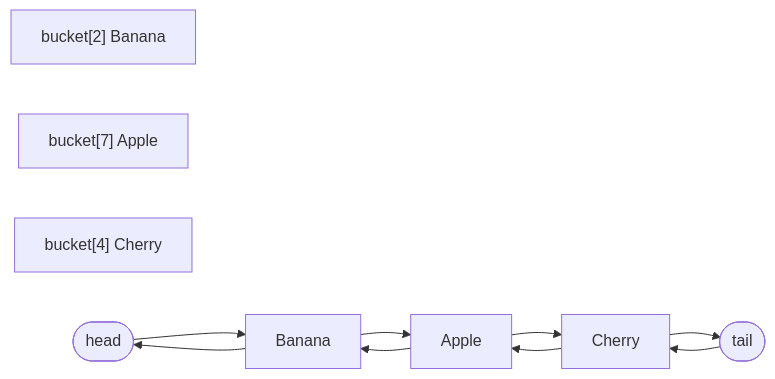
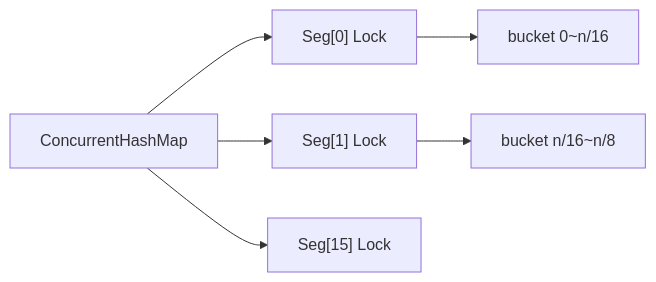
The third of 6 diagrams in _posts/java/2026-05-01-java-collections.md (yjkim2015/yjkim2015.github.io), drawn with Mermaid before and after one commit. The commit also changed other lines of this file and 4 other files, not shown here.

````diff
--- a/_posts/java/2026-05-01-java-collections.md
+++ b/_posts/java/2026-05-01-java-collections.md
@@ -330,8 +280,8 @@
 ```mermaid
 graph LR
-    B2["bucket[2] Banana"]
-    B7["bucket[7] Apple"]
-    B4["bucket[4] Cherry"]
-    H(["head"]) --> BN["Banana"] --> AP["Apple"] --> CH["Cherry"] --> T(["tail"])
-    T --> CH --> AP --> BN --> H
+    CHM["ConcurrentHashMap"] --> S0["Seg[0] Lock"]
+    CHM --> S1["Seg[1] Lock"]
+    CHM --> SD["Seg[15] Lock"]
+    S0 --> B0["bucket 0~n/16"]
+    S1 --> B1["bucket n/16~n/8"]
 ```
````
